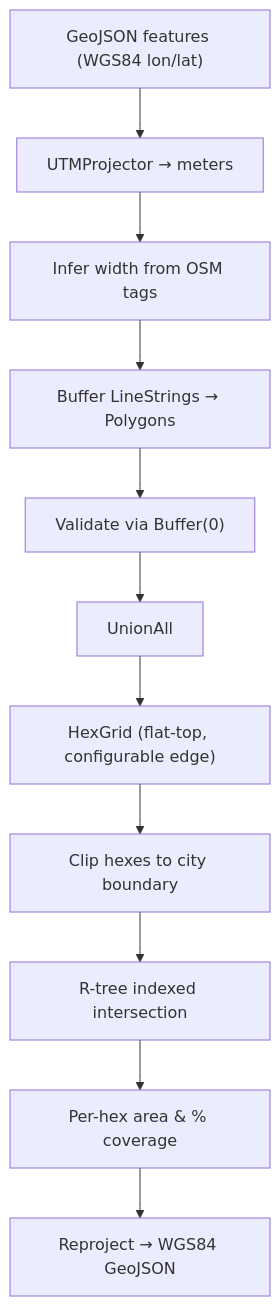
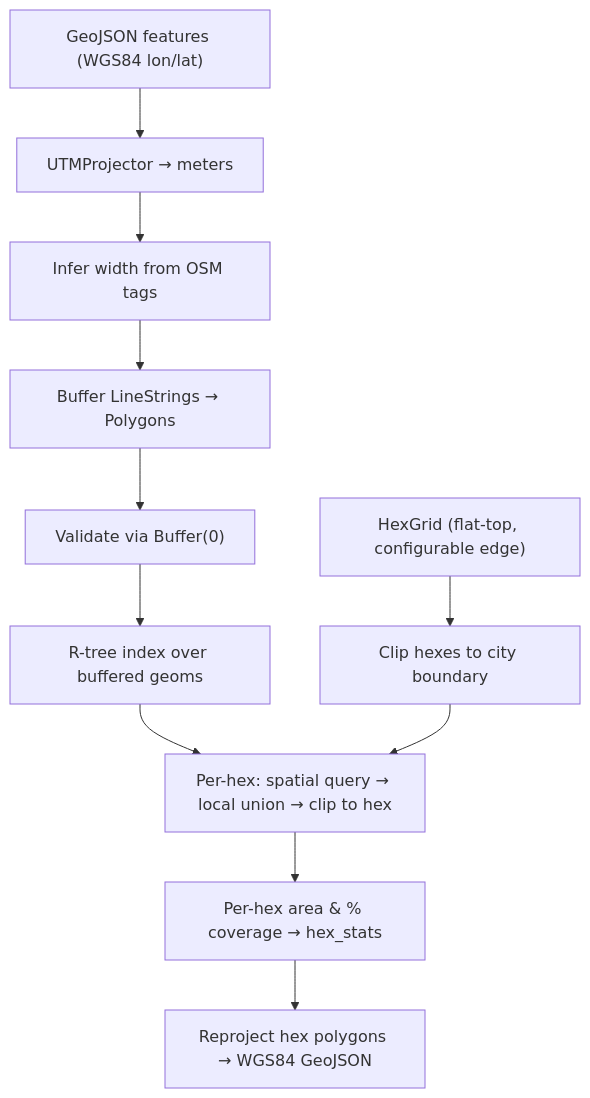
Before and after one commit to jcrussell/solvent-streets: the third of 4 diagrams in docs/architecture.md, drawn with Mermaid. The commit also changed other lines of this file and 20 other files, not shown here.

First line of the commit message:
Drop city-wide union pass; compute coverage per-hex

````diff
--- a/docs/architecture.md
+++ b/docs/architecture.md
@@ -61,17 +61,20 @@
 ```mermaid
 flowchart TD
     GeoJSON["GeoJSON features (WGS84 lon/lat)"]
     UTM["UTMProjector → meters"]
     Width["Infer width from OSM tags"]
     Buf["Buffer LineStrings → Polygons"]
     Val["Validate via Buffer(0)"]
-    Union["UnionAll"]
+    RTIdx["R-tree index over buffered geoms"]
     Hex["HexGrid (flat-top, configurable edge)"]
     Clip["Clip hexes to city boundary"]
-    RT["R-tree indexed intersection"]
-    Stats["Per-hex area & % coverage"]
-    Back["Reproject → WGS84 GeoJSON"]
+    PerHex["Per-hex: spatial query → local union → clip to hex"]
+    Stats["Per-hex area & % coverage → hex_stats"]
+    Back["Reproject hex polygons → WGS84 GeoJSON"]
 
-    GeoJSON --> UTM --> Width --> Buf --> Val --> Union
-    Union --> Hex --> Clip --> RT --> Stats --> Back
+    GeoJSON --> UTM --> Width --> Buf --> Val --> RTIdx
+    Hex --> Clip
+    RTIdx --> PerHex
+    Clip --> PerHex
+    PerHex --> Stats --> Back
 ```
````
